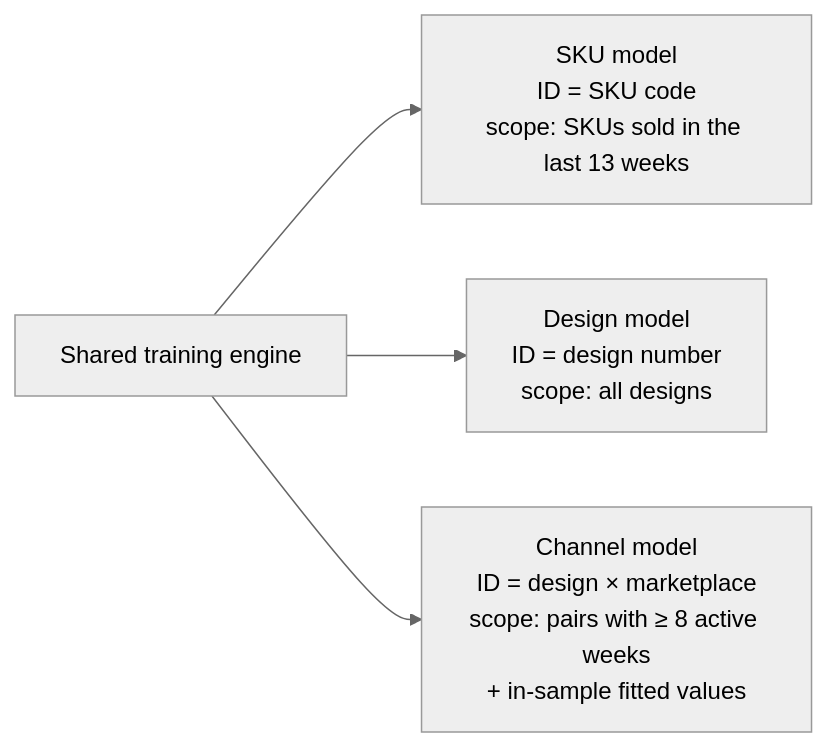
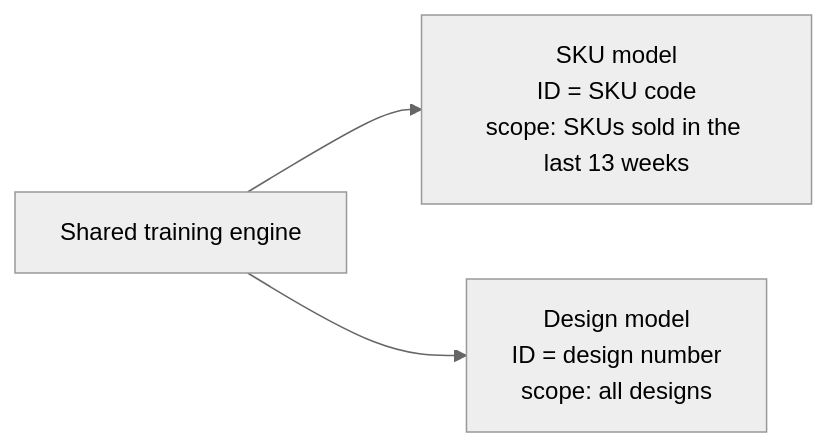
One commit to orlindatabase-lang/Demand-Forecasting changed diagram 13 of 27 in README.md. Above: the diagram before and after it, drawn with Mermaid (neutral theme). The commit also changed other lines of this file and 13 other files, not shown here.

````diff
--- a/README.md
+++ b/README.md
@@ -620,6 +608,5 @@
 ```mermaid
 flowchart LR
     E["Shared training engine"] --> M1["SKU model<br/>ID = SKU code<br/>scope: SKUs sold in the last 13 weeks"]
     E --> M2["Design model<br/>ID = design number<br/>scope: all designs"]
-    E --> M3["Channel model<br/>ID = design × marketplace<br/>scope: pairs with ≥ 8 active weeks<br/>+ in-sample fitted values"]
 ```
````
